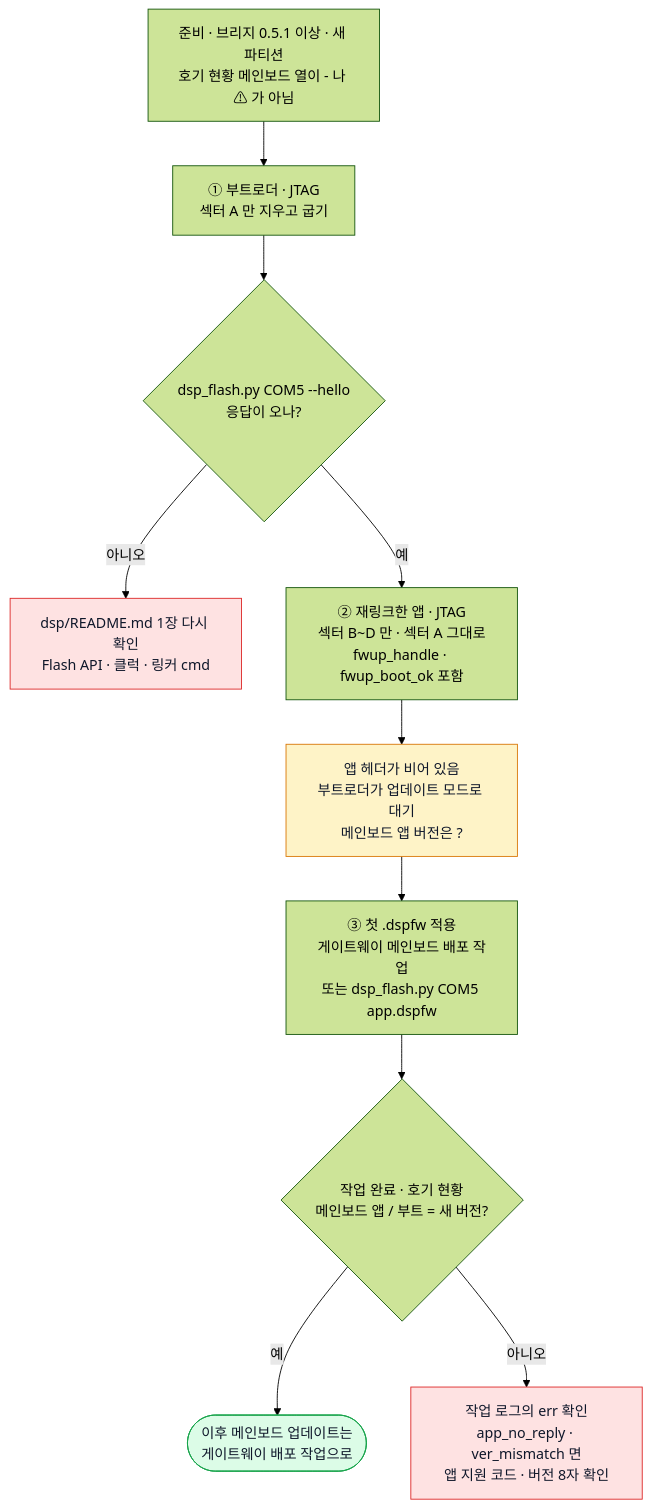
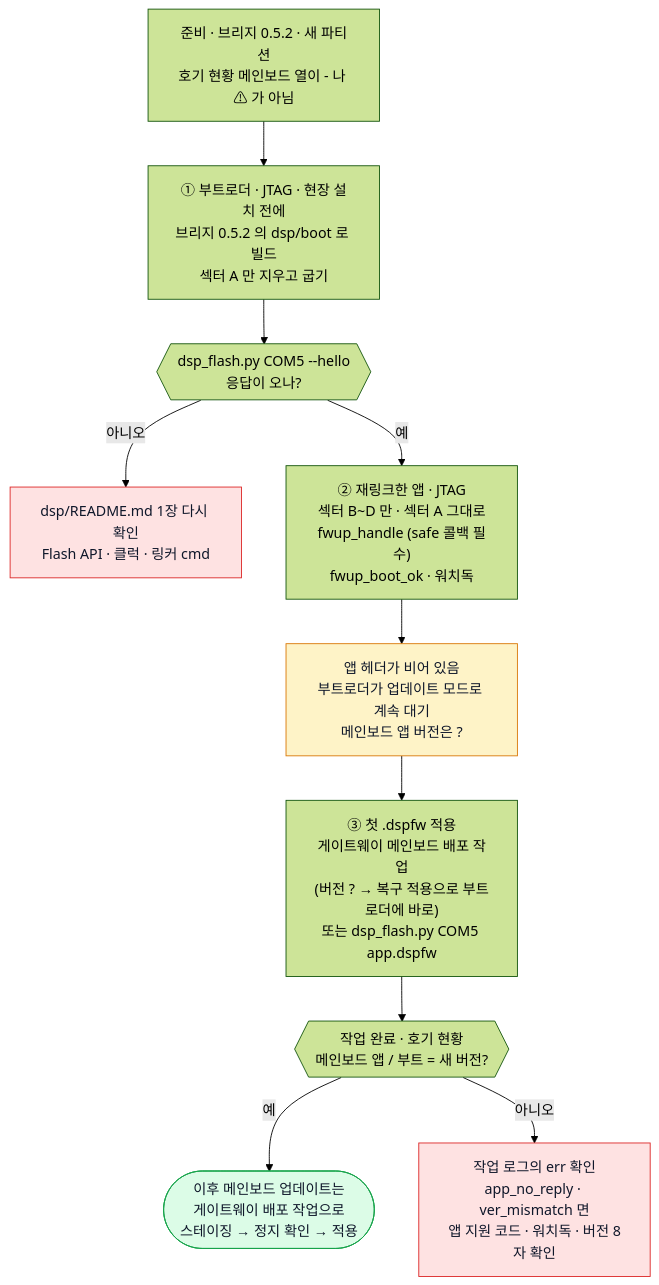
The diagram in docs/diagrams/mainboard-first-install.mmd (Leepy0/AGV_Wifi_Bridge), drawn with Mermaid (forest theme) before and after one commit. The commit also changed 10 other files, not shown here.

```diff
--- a/docs/diagrams/mainboard-first-install.mmd
+++ b/docs/diagrams/mainboard-first-install.mmd
@@ -1,16 +1,16 @@
 flowchart TD
-  P0["준비 · 브리지 0.5.1 이상 · 새 파티션<br/>호기 현황 메인보드 열이 - 나 ⚠ 가 아님"] --> P1
-  P1["① 부트로더 · JTAG<br/>섹터 A 만 지우고 굽기"] --> C1{"dsp_flash.py COM5 --hello<br/>응답이 오나?"}
+  P0["준비 · 브리지 0.5.2 · 새 파티션<br/>호기 현황 메인보드 열이 - 나 ⚠ 가 아님"] --> P1
+  P1["① 부트로더 · JTAG · 현장 설치 전에<br/>브리지 0.5.2 의 dsp/boot 로 빌드<br/>섹터 A 만 지우고 굽기"] --> C1{{"dsp_flash.py COM5 --hello<br/>응답이 오나?"}}
   C1 -- 아니오 --> X1["dsp/README.md 1장 다시 확인<br/>Flash API · 클럭 · 링커 cmd"]
-  C1 -- 예 --> P2["② 재링크한 앱 · JTAG<br/>섹터 B~D 만 · 섹터 A 그대로<br/>fwup_handle · fwup_boot_ok 포함"]
-  P2 --> S2["앱 헤더가 비어 있음<br/>부트로더가 업데이트 모드로 대기<br/>메인보드 앱 버전은 ?"]
-  S2 --> P3["③ 첫 .dspfw 적용<br/>게이트웨이 메인보드 배포 작업<br/>또는 dsp_flash.py COM5 app.dspfw"]
-  P3 --> C3{"작업 완료 · 호기 현황<br/>메인보드 앱 / 부트 = 새 버전?"}
-  C3 -- 예 --> OK(["이후 메인보드 업데이트는<br/>게이트웨이 배포 작업으로"])
-  C3 -- 아니오 --> X3["작업 로그의 err 확인<br/>app_no_reply · ver_mismatch 면<br/>앱 지원 코드 · 버전 8자 확인"]
+  C1 -- 예 --> P2["② 재링크한 앱 · JTAG<br/>섹터 B~D 만 · 섹터 A 그대로<br/>fwup_handle (safe 콜백 필수)<br/>fwup_boot_ok · 워치독"]
+  P2 --> S2["앱 헤더가 비어 있음<br/>부트로더가 업데이트 모드로 계속 대기<br/>메인보드 앱 버전은 ?"]
+  S2 --> P3["③ 첫 .dspfw 적용<br/>게이트웨이 메인보드 배포 작업<br/>(버전 ? → 복구 적용으로 부트로더에 바로)<br/>또는 dsp_flash.py COM5 app.dspfw"]
+  P3 --> C3{{"작업 완료 · 호기 현황<br/>메인보드 앱 / 부트 = 새 버전?"}}
+  C3 -- 예 --> OK(["이후 메인보드 업데이트는<br/>게이트웨이 배포 작업으로<br/>스테이징 → 정지 확인 → 적용"])
+  C3 -- 아니오 --> X3["작업 로그의 err 확인<br/>app_no_reply · ver_mismatch 면<br/>앱 지원 코드 · 워치독 · 버전 8자 확인"]
   classDef ok fill:#dcfce7,stroke:#16a34a,color:#0f172a
   classDef bad fill:#fee2e2,stroke:#dc2626,color:#0f172a
   classDef wait fill:#fef3c7,stroke:#d97706,color:#0f172a
   class OK ok
   class X1,X3 bad
   class S2 wait
```
